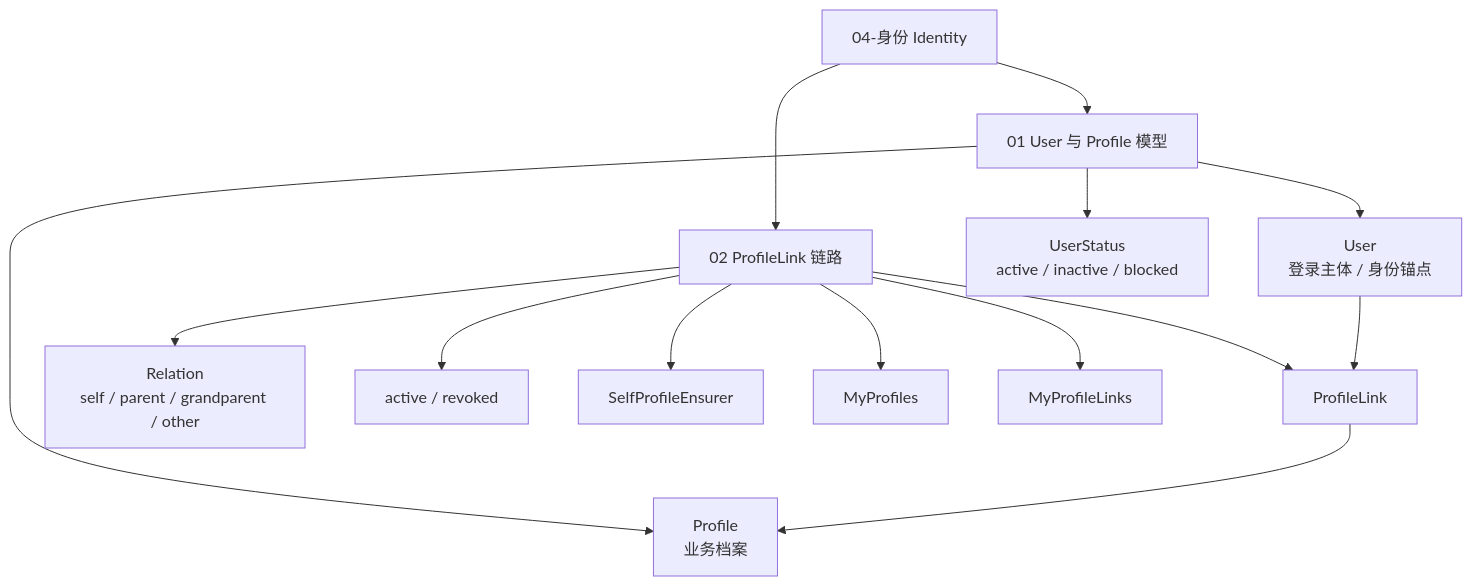
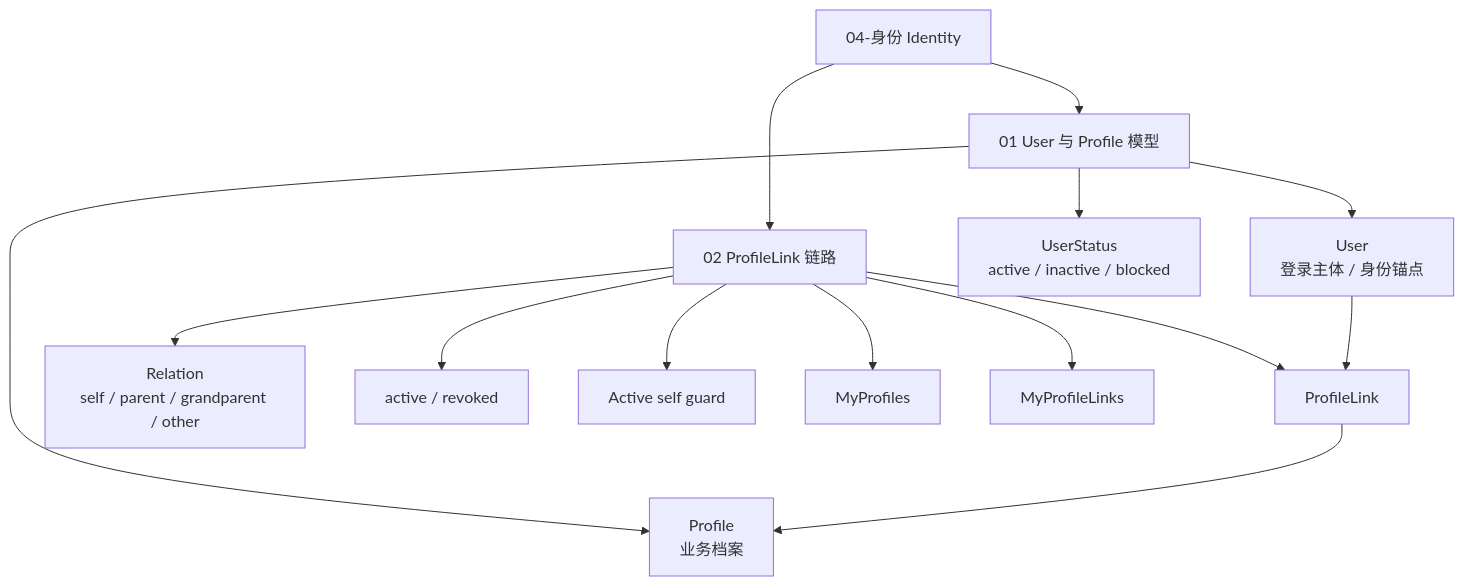
Before and after one commit to FangcunMount/iam: the first of 3 diagrams in docs/04-身份Identity/README.md, drawn with Mermaid. The commit also changed other lines of this file and 35 other files, not shown here.

Commit message:
feat  的 identity 模块业务规则更新： - User 不一定天然拥有 self Profile。 - User 可以通过 C 端功能主动创建 Profile。 - 创建时由业务语义决定这条 ProfileLink 是 self 还是 relation。

````diff
--- a/docs/04-身份Identity/README.md
+++ b/docs/04-身份Identity/README.md
@@ -101,24 +101,24 @@
 ```mermaid
 flowchart TD
     Identity["04-身份 Identity"]
 
     UserProfile["01 User 与 Profile 模型"]
     ProfileLinkDoc["02 ProfileLink 链路"]
 
     Identity --> UserProfile
     Identity --> ProfileLinkDoc
 
     UserProfile --> User["User<br/>登录主体 / 身份锚点"]
     UserProfile --> Profile["Profile<br/>业务档案"]
     UserProfile --> Status["UserStatus<br/>active / inactive / blocked"]
 
     ProfileLinkDoc --> Link["ProfileLink"]
     ProfileLinkDoc --> Rel["Relation<br/>self / parent / grandparent / other"]
     ProfileLinkDoc --> State["active / revoked"]
-    ProfileLinkDoc --> Self["SelfProfileEnsurer"]
+    ProfileLinkDoc --> Self["Active self guard"]
     ProfileLinkDoc --> MyProfiles["MyProfiles"]
     ProfileLinkDoc --> MyLinks["MyProfileLinks"]
 
     User --> Link
     Link --> Profile
 ```
````
